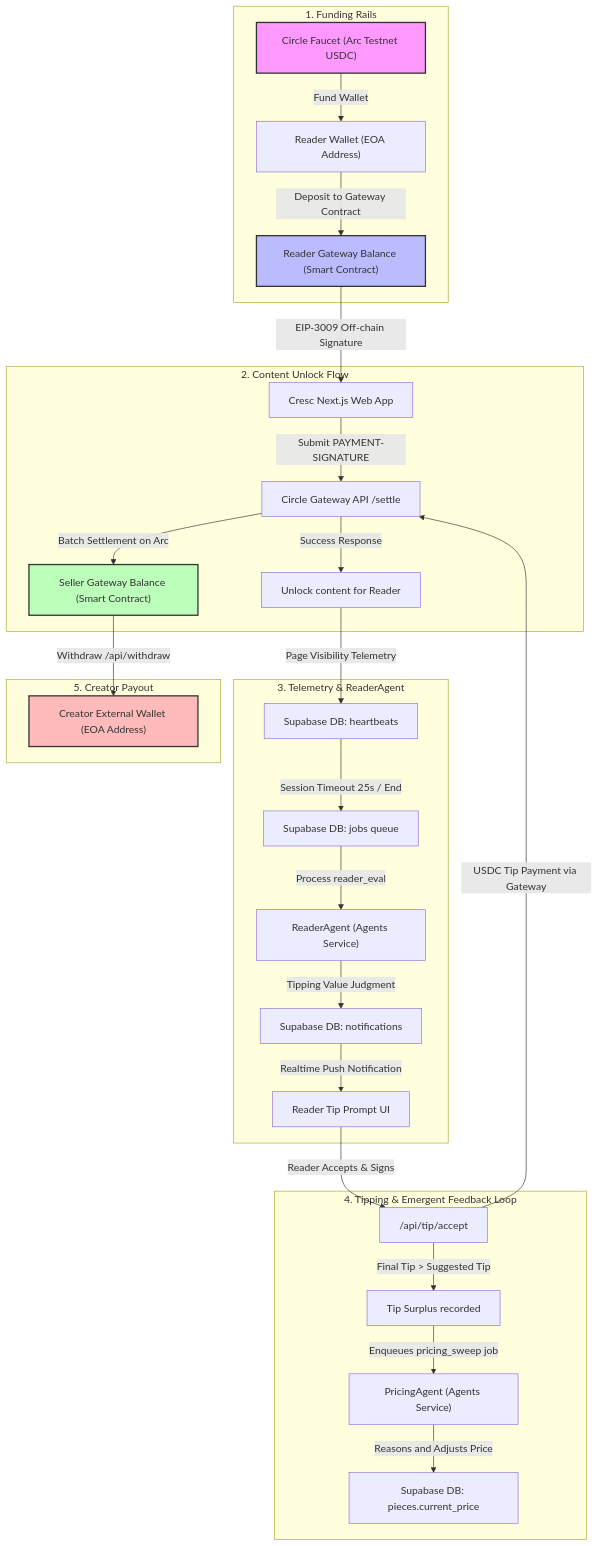
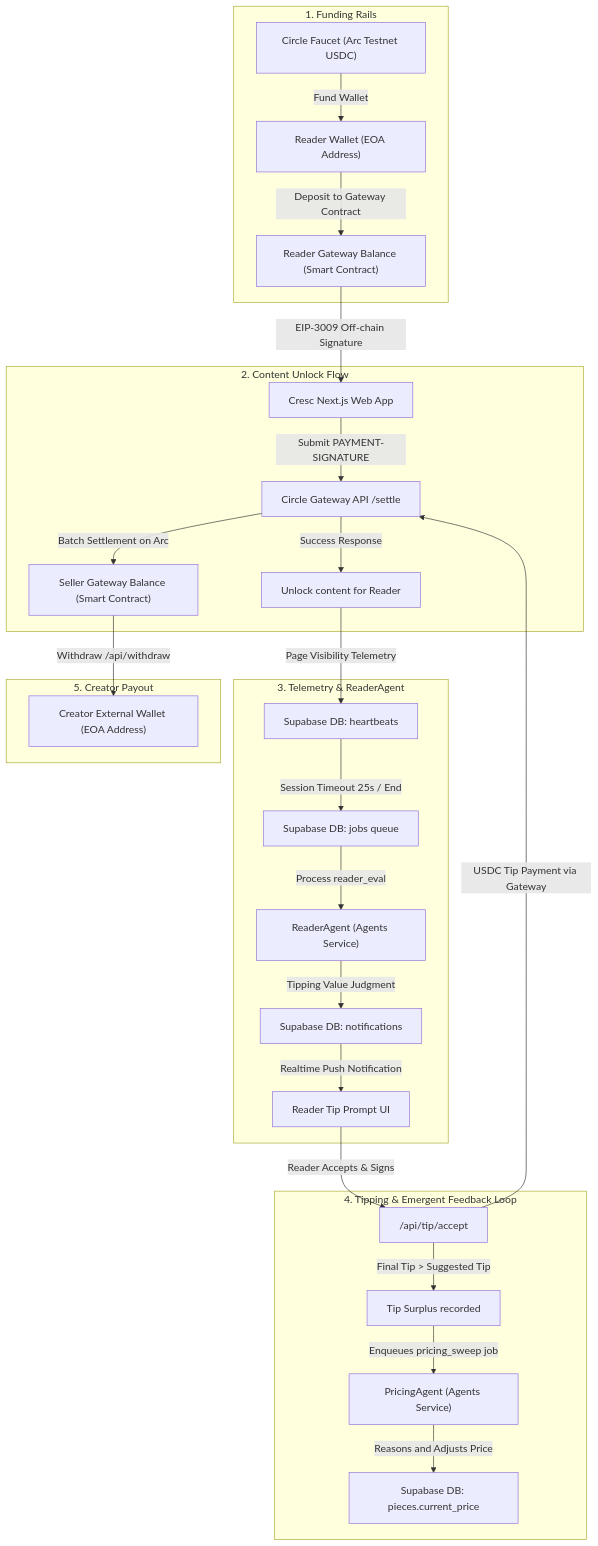
Before and after one commit to SachPlayZ/Cresc: the first of 2 diagrams in README.md, drawn with Mermaid. The commit also changed other lines of this file, not shown here.

Commit message:
style: update README header design and remove colors from mermaid

````diff
--- a/README.md
+++ b/README.md
@@ -45,39 +64,34 @@
 ```mermaid
 graph TD
     subgraph Funding ["1. Funding Rails"]
         Faucet["Circle Faucet (Arc Testnet USDC)"] -->|Fund Wallet| RW["Reader Wallet (EOA Address)"]
         RW -->|Deposit to Gateway Contract| GB["Reader Gateway Balance (Smart Contract)"]
     end
 
     subgraph Unlock ["2. Content Unlock Flow"]
         GB -->|EIP-3009 Off-chain Signature| Web["Cresc Next.js Web App"]
         Web -->|Submit PAYMENT-SIGNATURE| CircleAPI["Circle Gateway API /settle"]
         CircleAPI -->|Batch Settlement on Arc| SG["Seller Gateway Balance (Smart Contract)"]
         CircleAPI -->|Success Response| ReaderAccess["Unlock content for Reader"]
     end
 
     subgraph Evaluation ["3. Telemetry & ReaderAgent"]
         ReaderAccess -->|Page Visibility Telemetry| Heartbeats["Supabase DB: heartbeats"]
         Heartbeats -->|Session Timeout 25s / End| Queue["Supabase DB: jobs queue"]
         Queue -->|Process reader_eval| ReaderAgent["ReaderAgent (Agents Service)"]
         ReaderAgent -->|Tipping Value Judgment| Notify["Supabase DB: notifications"]
         Notify -->|Realtime Push Notification| Prompt["Reader Tip Prompt UI"]
     end
 
     subgraph Tipping ["4. Tipping & Emergent Feedback Loop"]
         Prompt -->|Reader Accepts & Signs| TipWeb["/api/tip/accept"]
         TipWeb -->|USDC Tip Payment via Gateway| CircleAPI
         TipWeb -->|Final Tip > Suggested Tip| Surplus["Tip Surplus recorded"]
         Surplus -->|Enqueues pricing_sweep job| PricingAgent["PricingAgent (Agents Service)"]
         PricingAgent -->|Reasons and Adjusts Price| Pieces["Supabase DB: pieces.current_price"]
     end
 
     subgraph Payout ["5. Creator Payout"]
         SG -->|Withdraw /api/withdraw| CW["Creator External Wallet (EOA Address)"]
     end
-
-    style Faucet fill:#f9f,stroke:#333,stroke-width:2px
-    style GB fill:#bbf,stroke:#333,stroke-width:2px
-    style SG fill:#bfb,stroke:#333,stroke-width:2px
-    style CW fill:#fbb,stroke:#333,stroke-width:2px
 ```
````
